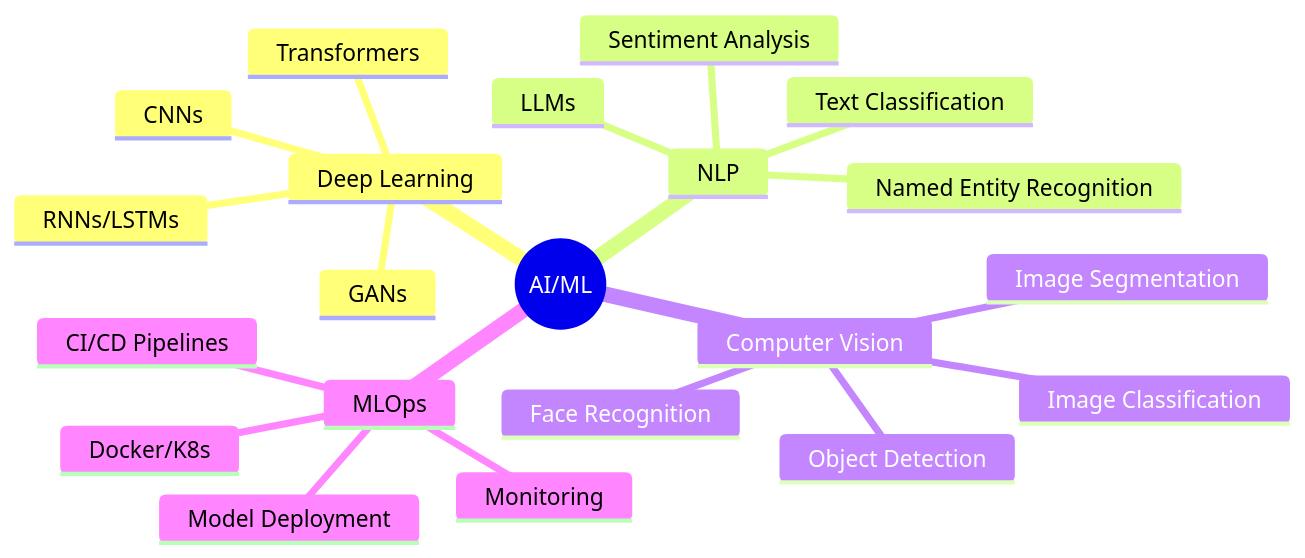
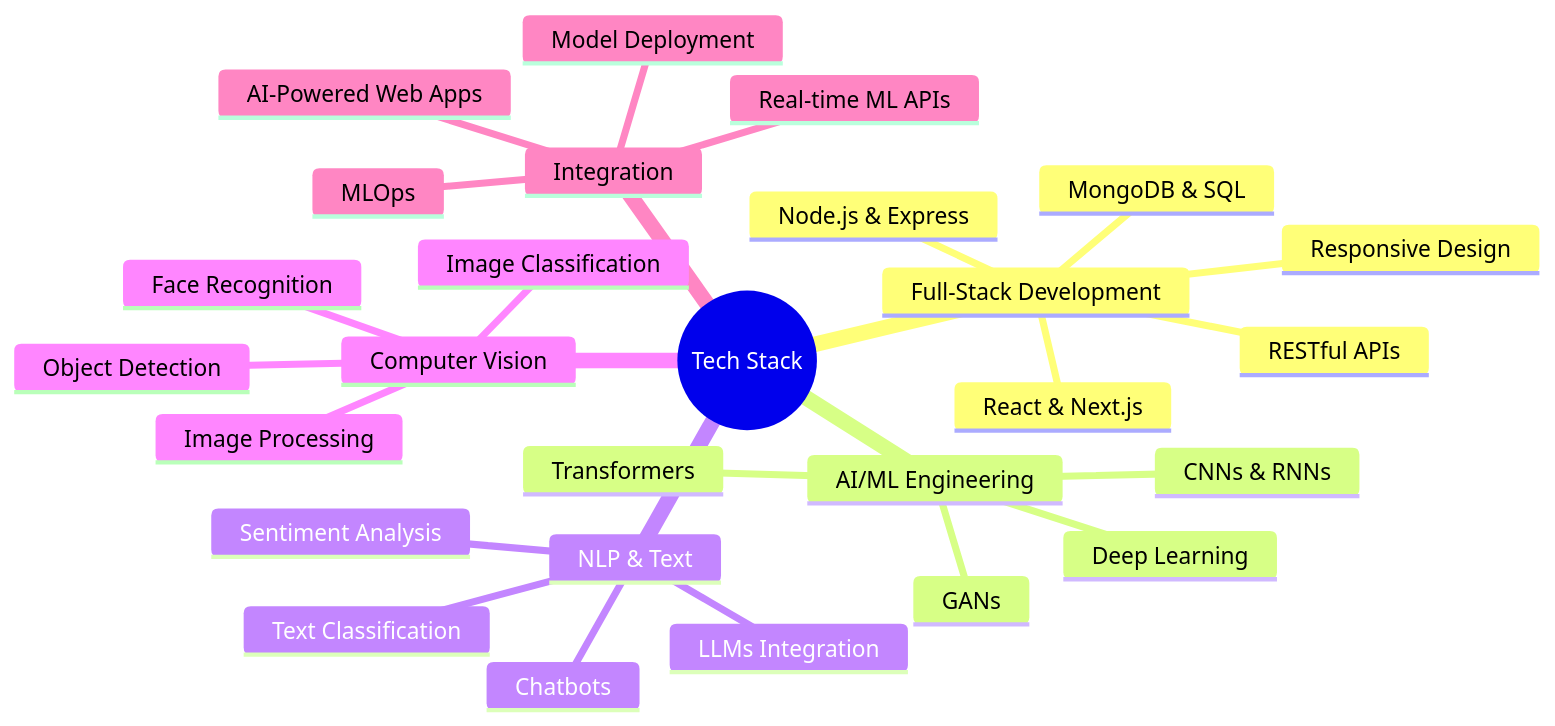
Before and after one commit to Souvik6222/souvik6222: the diagram in README.md, drawn with Mermaid. The commit also changed other lines of this file, not shown here.

First line of the commit message:
Revise README with new personal and tech details

````diff
--- a/README.md
+++ b/README.md
@@ -98,24 +97,30 @@
 ```mermaid
 mindmap
-  root((AI/ML))
-    Deep Learning
-      CNNs
-      RNNs/LSTMs
+  root((Tech Stack))
+    Full-Stack Development
+      React & Next.js
+      Node.js & Express
+      MongoDB & SQL
+      RESTful APIs
+      Responsive Design
+    AI/ML Engineering
+      Deep Learning
+      CNNs & RNNs
       Transformers
       GANs
-    NLP
+    NLP & Text
       Text Classification
       Sentiment Analysis
-      LLMs
-      Named Entity Recognition
+      LLMs Integration
+      Chatbots
     Computer Vision
       Image Classification
       Object Detection
-      Image Segmentation
+      Image Processing
       Face Recognition
-    MLOps
+    Integration
+      AI-Powered Web Apps
+      Real-time ML APIs
       Model Deployment
-      Monitoring
-      CI/CD Pipelines
-      Docker/K8s
+      MLOps
 ```
````
